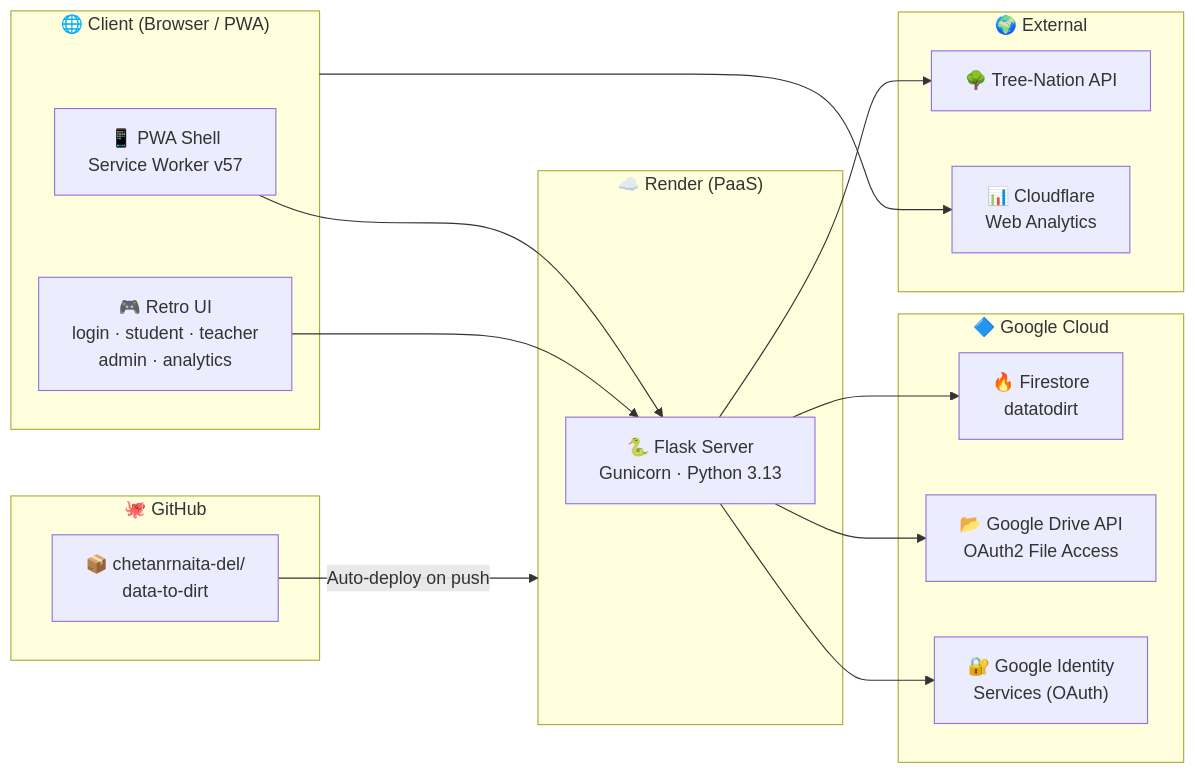
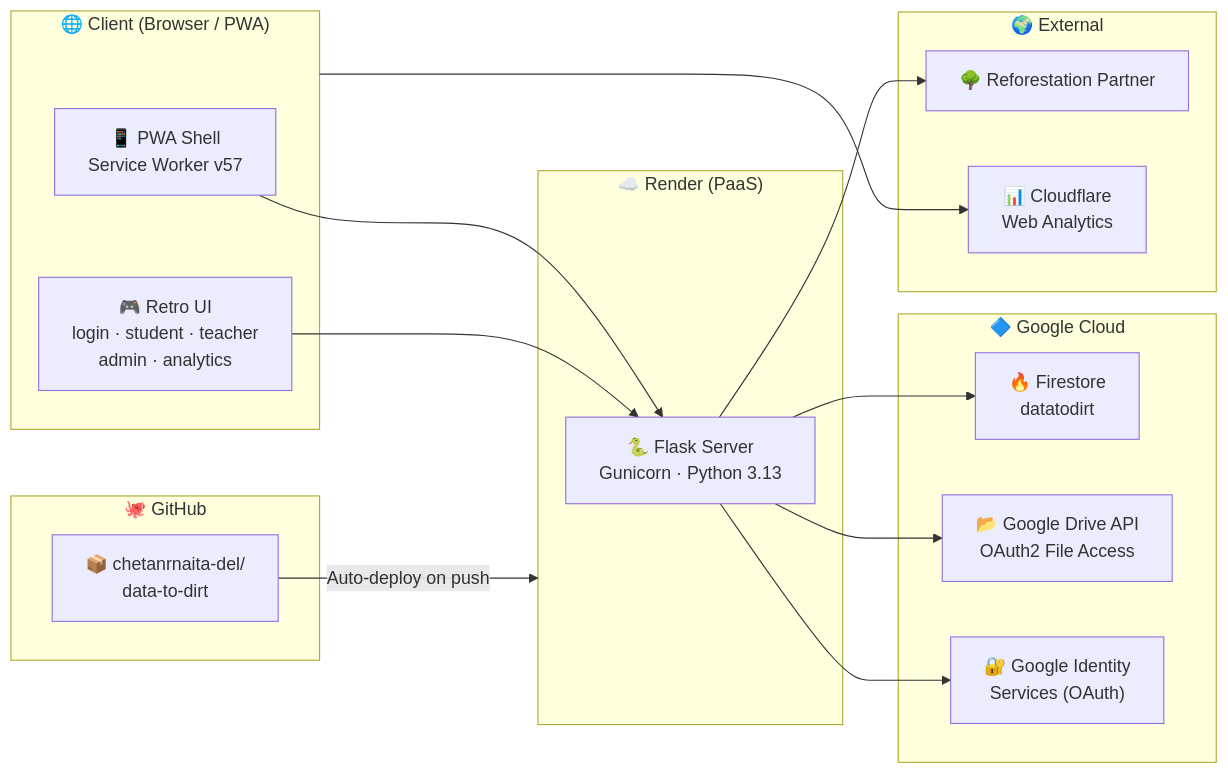
The third of 3 diagrams in docs/ARCHITECTURE.md (chetanrnaita-del/data-to-dirt), drawn with Mermaid before and after one commit. The commit also changed other lines of this file and 10 other files, not shown here.

Commit message:
fix(copy): remove all mentions of TreeNation API across UI, documentation, and notifications; bump to v1.7.5

````diff
--- a/docs/ARCHITECTURE.md
+++ b/docs/ARCHITECTURE.md
@@ -265,35 +265,35 @@
 ```mermaid
 flowchart LR
     subgraph Client["🌐 Client (Browser / PWA)"]
         PWA["📱 PWA Shell<br/>Service Worker v57"]
         UI["🎮 Retro UI<br/>login · student · teacher<br/>admin · analytics"]
     end
 
     subgraph Render["☁️ Render (PaaS)"]
         Flask["🐍 Flask Server<br/>Gunicorn · Python 3.13"]
     end
 
     subgraph Google["🔷 Google Cloud"]
         Firestore["🔥 Firestore<br/>datatodirt"]
         Drive["📂 Google Drive API<br/>OAuth2 File Access"]
         GIS["🔐 Google Identity<br/>Services (OAuth)"]
     end
 
     subgraph External["🌍 External"]
-        TN["🌳 Tree-Nation API"]
+        TN["🌳 Reforestation Partner"]
         CF["📊 Cloudflare<br/>Web Analytics"]
     end
 
     subgraph GitHub["🐙 GitHub"]
         Repo["📦 chetanrnaita-del/<br/>data-to-dirt"]
     end
 
     PWA --> Flask
     UI --> Flask
     Flask --> Firestore
     Flask --> Drive
     Flask --> GIS
     Flask --> TN
     Client --> CF
     Repo -->|"Auto-deploy on push"| Render
 ```
````
